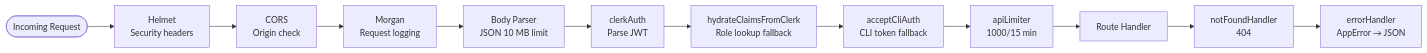
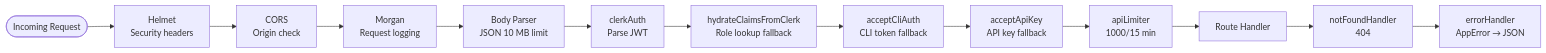
The second of 3 diagrams in wiki/docs/developer-guide/backend/routes-middleware.md (projectachilles/ProjectAchilles), drawn with Mermaid before and after one commit. The commit also changed other lines of this file and 136 other files, not shown here.

````diff
--- a/wiki/docs/developer-guide/backend/routes-middleware.md
+++ b/wiki/docs/developer-guide/backend/routes-middleware.md
@@ -96,14 +106,15 @@
 ```mermaid
 graph LR
     REQ([Incoming Request]) --> H[Helmet<br/>Security headers]
     H --> C[CORS<br/>Origin check]
     C --> M[Morgan<br/>Request logging]
     M --> B[Body Parser<br/>JSON 10 MB limit]
     B --> CK[clerkAuth<br/>Parse JWT]
     CK --> HC[hydrateClaimsFromClerk<br/>Role lookup fallback]
     HC --> CLI[acceptCliAuth<br/>CLI token fallback]
-    CLI --> RL[apiLimiter<br/>1000/15 min]
+    CLI --> AK[acceptApiKey<br/>API key fallback]
+    AK --> RL[apiLimiter<br/>1000/15 min]
     RL --> ROUTE[Route Handler]
     ROUTE --> NF[notFoundHandler<br/>404]
     NF --> ERR[errorHandler<br/>AppError → JSON]
 ```
````
